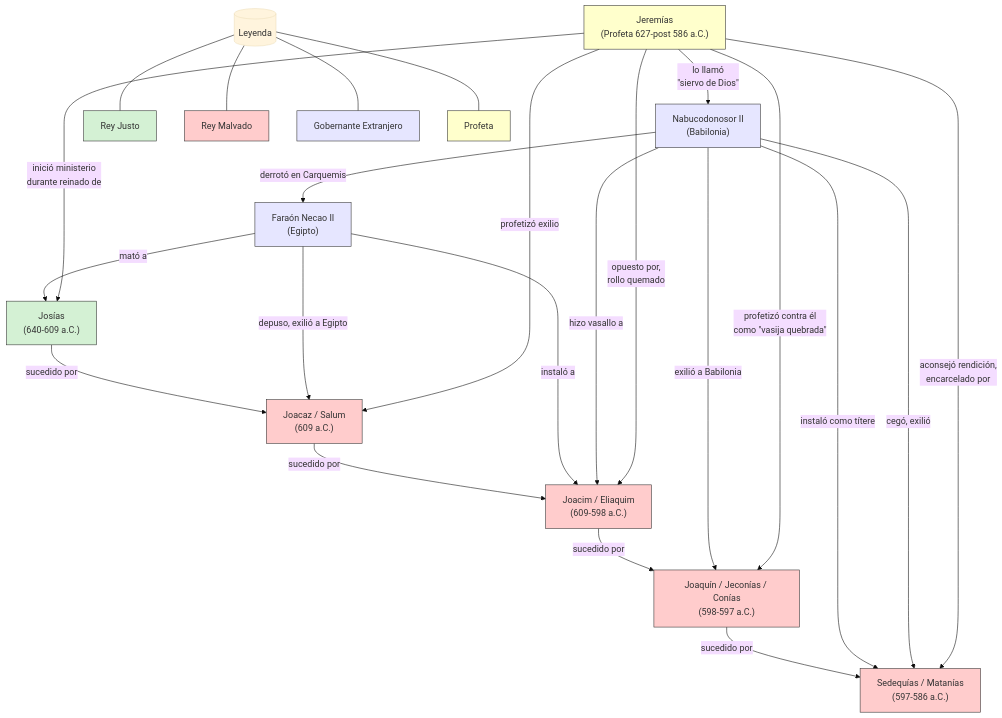
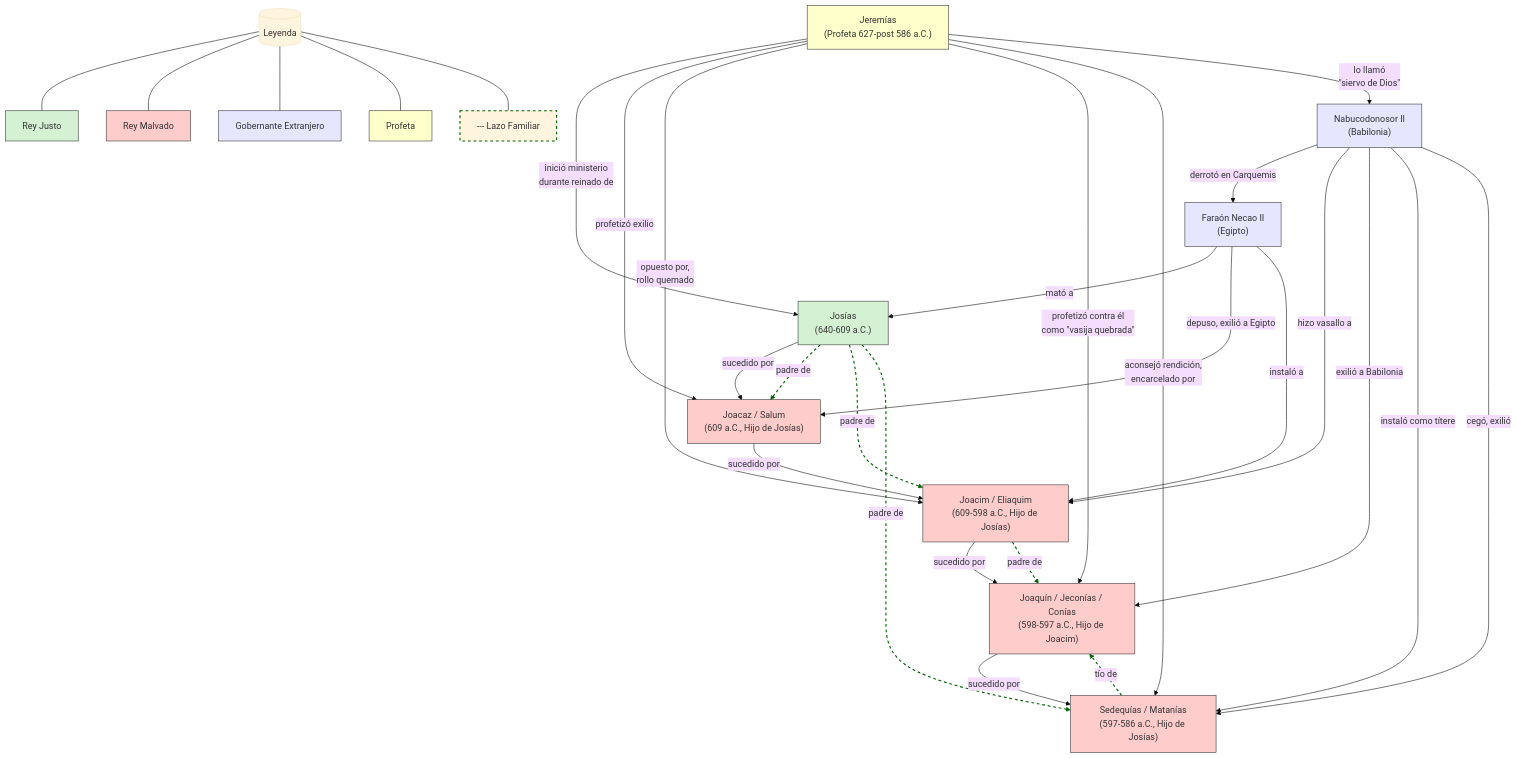
The first of 2 diagrams in old-testament-studies/public/content/es/reyes-en-jeremias-diagrama.md (migarciaduran/OldTestament), drawn with Mermaid (base theme) before and after one commit. The commit also changed 1 other file, not shown here.

Commit message:
feat: enhance relationship diagrams for kings during Jeremiah's ministry; add family links and improve clarity

````diff
--- a/old-testament-studies/public/content/es/reyes-en-jeremias-diagrama.md
+++ b/old-testament-studies/public/content/es/reyes-en-jeremias-diagrama.md
@@ -5,56 +5,67 @@
 ```mermaid
 flowchart TB
     classDef justo fill:#d4f1d4,stroke:#333,stroke-width:1px
     classDef malvado fill:#ffcccc,stroke:#333,stroke-width:1px
     classDef extranjero fill:#e6e6ff,stroke:#333,stroke-width:1px
     classDef profeta fill:#ffffcc,stroke:#333,stroke-width:1px
+    classDef familyLink stroke:#006400,stroke-width:2px,stroke-dasharray: 5 5
     
     %% Reyes y Profeta
     Jeremias["Jeremías<br/>(Profeta 627-post 586 a.C.)"]:::profeta
     
     Josias["Josías<br/>(640-609 a.C.)"]:::justo
-    Joacaz["Joacaz / Salum<br/>(609 a.C.)"]:::malvado
-    Joacim["Joacim / Eliaquim<br/>(609-598 a.C.)"]:::malvado
-    Joaquin["Joaquín / Jeconías / Conías<br/>(598-597 a.C.)"]:::malvado
-    Sedequias["Sedequías / Matanías<br/>(597-586 a.C.)"]:::malvado
+    Joacaz["Joacaz / Salum<br/>(609 a.C., Hijo de Josías)"]:::malvado
+    Joacim["Joacim / Eliaquim<br/>(609-598 a.C., Hijo de Josías)"]:::malvado
+    Joaquin["Joaquín / Jeconías / Conías<br/>(598-597 a.C., Hijo de Joacim)"]:::malvado
+    Sedequias["Sedequías / Matanías<br/>(597-586 a.C., Hijo de Josías)"]:::malvado
     
     %% Reyes Extranjeros
     FaraonNecao["Faraón Necao II<br/>(Egipto)"]:::extranjero
     Nabucodonosor["Nabucodonosor II<br/>(Babilonia)"]:::extranjero
     
-    %% Relaciones - sucesión
+    %% Relaciones - sucesión (Líneas sólidas)
     Josias -->|sucedido por| Joacaz
     Joacaz -->|sucedido por| Joacim
     Joacim -->|sucedido por| Joaquin
     Joaquin -->|sucedido por| Sedequias
     
-    %% Intervenciones extranjeras
+    %% Relaciones Familiares (Líneas verdes discontinuas)
+    Josias -.->|padre de| Joacaz
+    Josias -.->|padre de| Joacim
+    Josias -.->|padre de| Sedequias
+    Joacim -.->|padre de| Joaquin
+    Sedequias -.->|tío de| Joaquin
+    linkStyle 4,5,6,7,8 stroke:#006400,stroke-width:2px,stroke-dasharray: 5 5
+    
+    %% Intervenciones extranjeras (Líneas sólidas)
     FaraonNecao -->|mató a| Josias
     FaraonNecao -->|depuso, exilió a Egipto| Joacaz
     FaraonNecao -->|instaló a| Joacim
     Nabucodonosor -->|derrotó en Carquemis| FaraonNecao
     Nabucodonosor -->|hizo vasallo a| Joacim
     Nabucodonosor -->|exilió a Babilonia| Joaquin
     Nabucodonosor -->|instaló como títere| Sedequias
     Nabucodonosor -->|cegó, exilió| Sedequias
     
-    %% Relaciones de Jeremías
+    %% Relaciones de Jeremías (Líneas sólidas)
     Jeremias -->|inició ministerio<br/>durante reinado de| Josias
     Jeremias -->|profetizó exilio| Joacaz
     Jeremias -->|opuesto por,<br/>rollo quemado| Joacim
     Jeremias -->|profetizó contra él<br/>como &quot;vasija quebrada&quot;| Joaquin
     Jeremias -->|aconsejó rendición,<br/>encarcelado por| Sedequias
     Jeremias -->|lo llamó<br/>&quot;siervo de Dios&quot;| Nabucodonosor
     
     %% Leyenda
     Leyenda[("Leyenda")]
     ReyJusto["Rey Justo"]:::justo
     ReyMalvado["Rey Malvado"]:::malvado
     GobernanteExtranjero["Gobernante Extranjero"]:::extranjero
     NodoProfeta["Profeta"]:::profeta
+    LazoFamiliar["--- Lazo Familiar"]:::familyLink
     
     Leyenda --- ReyJusto
     Leyenda --- ReyMalvado
     Leyenda --- GobernanteExtranjero
     Leyenda --- NodoProfeta
+    Leyenda --- LazoFamiliar
 ```
````
